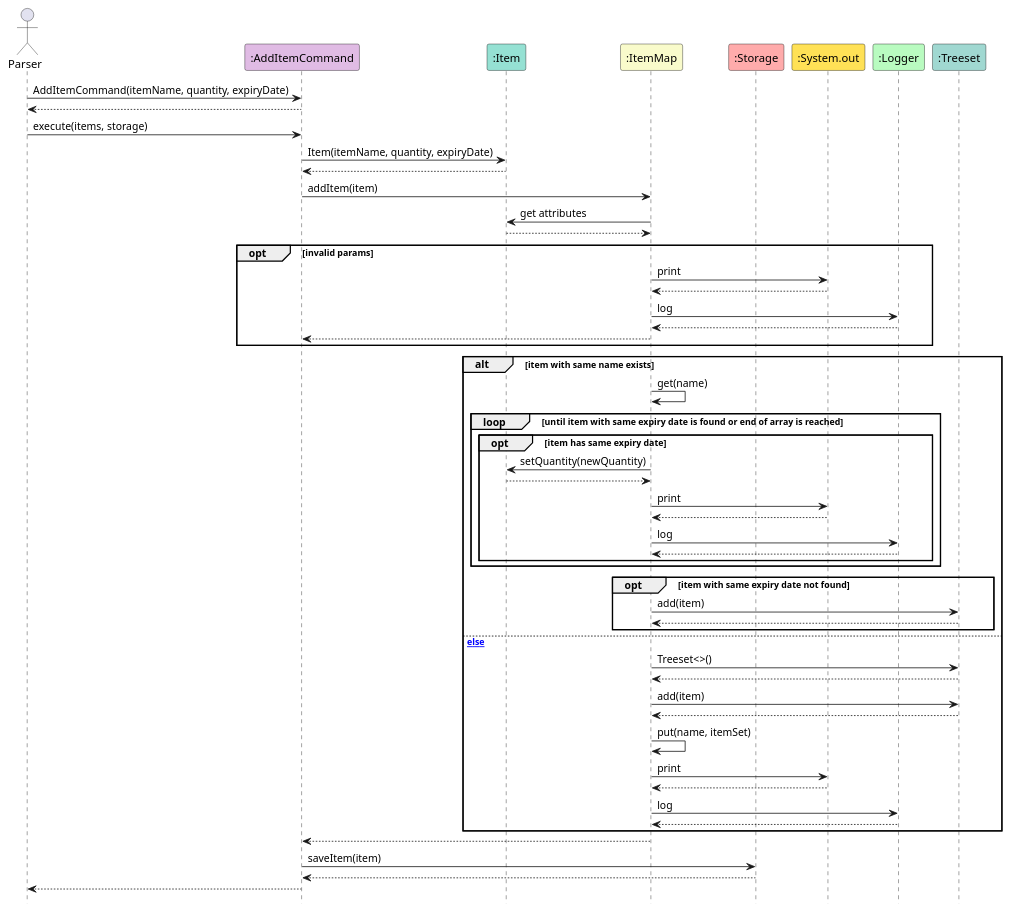
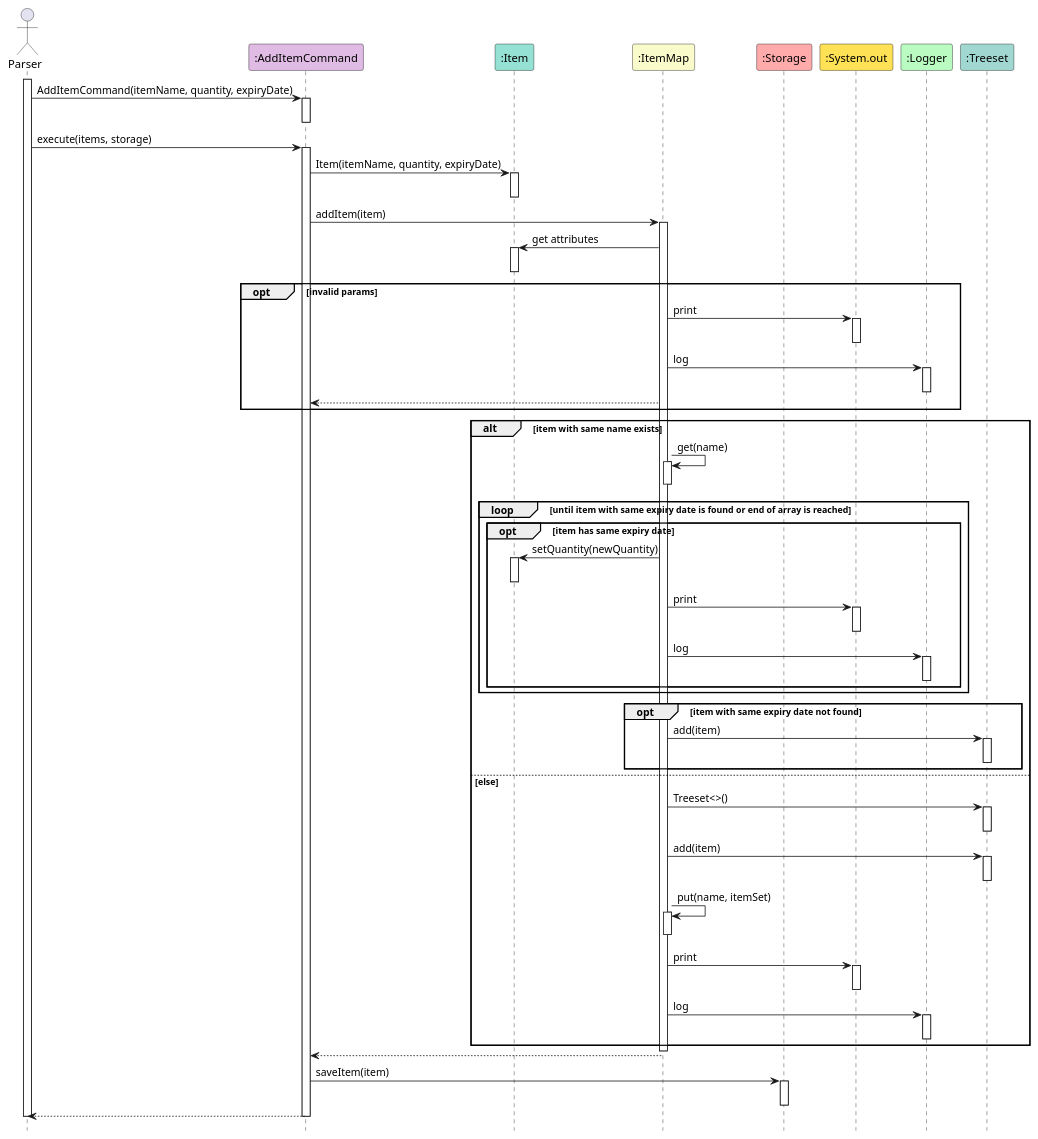
One commit to yijiano/tp changed the diagram in docs/diagrams/AddItemCommand-SequenceDiagram.puml. Above: the diagram before and after it, drawn with PlantUML. The commit also changed 1 other file, not shown here.

```diff
--- a/docs/diagrams/AddItemCommand-SequenceDiagram.puml
+++ b/docs/diagrams/AddItemCommand-SequenceDiagram.puml
@@ -1,66 +1,101 @@
 @startuml
 
 hide footbox
 skinparam sequenceReferenceBackgroundColor #f7807c
+
 
 actor Parser
 
 participant ":AddItemCommand" as AddItemCommand #E0BBE4
 participant ":Item" as Item #95E1D3
 participant ":ItemMap" as ItemMap #F9FBCB
 participant ":Storage" as Storage #FFABAB
 participant ":System.out" as System.out #FFE156
 participant ":Logger" as Logger #B9FBC0
 participant ":Treeset" as Treeset #A0D8D1
 
+activate Parser
 Parser -> AddItemCommand : AddItemCommand(itemName, quantity, expiryDate)
-return
+activate AddItemCommand
+deactivate AddItemCommand
+
 Parser -> AddItemCommand : execute(items, storage)
+activate AddItemCommand
+
 AddItemCommand -> Item : Item(itemName, quantity, expiryDate)
-return
+activate Item
+deactivate Item
+
 AddItemCommand -> ItemMap : addItem(item)
+activate ItemMap
+
 ItemMap -> Item : get attributes
-return
+activate Item
+deactivate Item
 
 opt invalid params
     ItemMap -> System.out : print
-    return
+    activate System.out
+    deactivate System.out
     ItemMap -> Logger : log
-    return
+    activate Logger
+    deactivate Logger
     ItemMap --> AddItemCommand
 end
 
 alt item with same name exists
     ItemMap -> ItemMap : get(name)
+    activate ItemMap
+    deactivate ItemMap
+
     loop until item with same expiry date is found or end of array is reached
         opt item has same expiry date
             ItemMap -> Item : setQuantity(newQuantity)
-            return
+            activate Item
+            deactivate Item
             ItemMap -> System.out : print
-            return
+            activate System.out
+            deactivate System.out
             ItemMap -> Logger : log
-            return
+            activate Logger
+            deactivate Logger
         end
+    end
 
-    end
     opt item with same expiry date not found
         ItemMap -> Treeset : add(item)
-        return
+        activate Treeset
+        deactivate Treeset
     end
-else [else]
+
+
+else else
     ItemMap -> Treeset : Treeset<>()
-    return
+    activate Treeset
+    deactivate Treeset
     ItemMap -> Treeset : add(item)
-    return
+    activate Treeset
+    deactivate Treeset
     ItemMap -> ItemMap : put(name, itemSet)
+    activate ItemMap
+    deactivate ItemMap
     ItemMap -> System.out : print
-    return
+    activate System.out
+    deactivate System.out
     ItemMap -> Logger : log
-    return
+    activate Logger
+    deactivate Logger
 end
+
+deactivate ItemMap
 ItemMap --> AddItemCommand
+
 AddItemCommand -> Storage : saveItem(item)
-return
+activate Storage
+deactivate Storage
+
 AddItemCommand --> Parser
+deactivate AddItemCommand
+deactivate Parser
 
 @enduml
```
